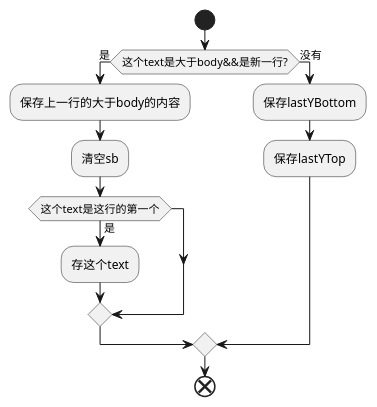
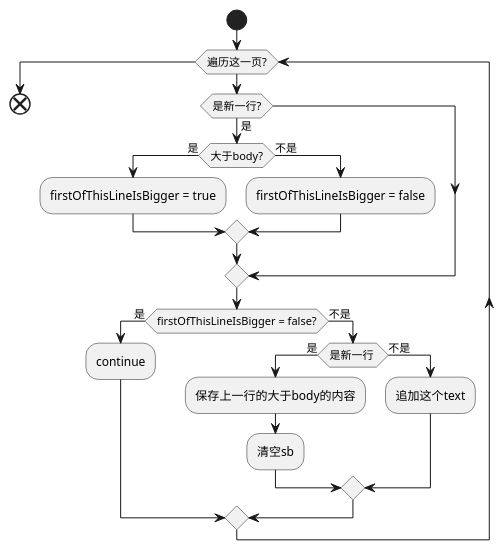
One commit to zwxbest/autobookmark changed the diagram in dd.puml. Above: the diagram before and after it, drawn with PlantUML.

Commit message:
画图啊

```diff
--- a/dd.puml
+++ b/dd.puml
@@ -1,14 +1,23 @@
 @startuml
 start
-if (这个text是大于body&&是新一行?) then(是)
+while(遍历这一页?)
+if (是新一行?) then(是)
+if(大于body?) then (是)
+:firstOfThisLineIsBigger = true;
+else (不是)
+:firstOfThisLineIsBigger = false;
+endif
+endif
+if(firstOfThisLineIsBigger = false?) then (是)
+:continue;
+else (不是)
+if(是新一行 ) then (是)
 :保存上一行的大于body的内容;
 :清空sb;
-if(这个text是这行的第一个) then(是)
-:存这个text;
+else (不是)
+:追加这个text;
 endif
-else(没有)
-:保存lastYBottom;
-:保存lastYTop;
 endif
+endwhile
 end
 @enduml
```
